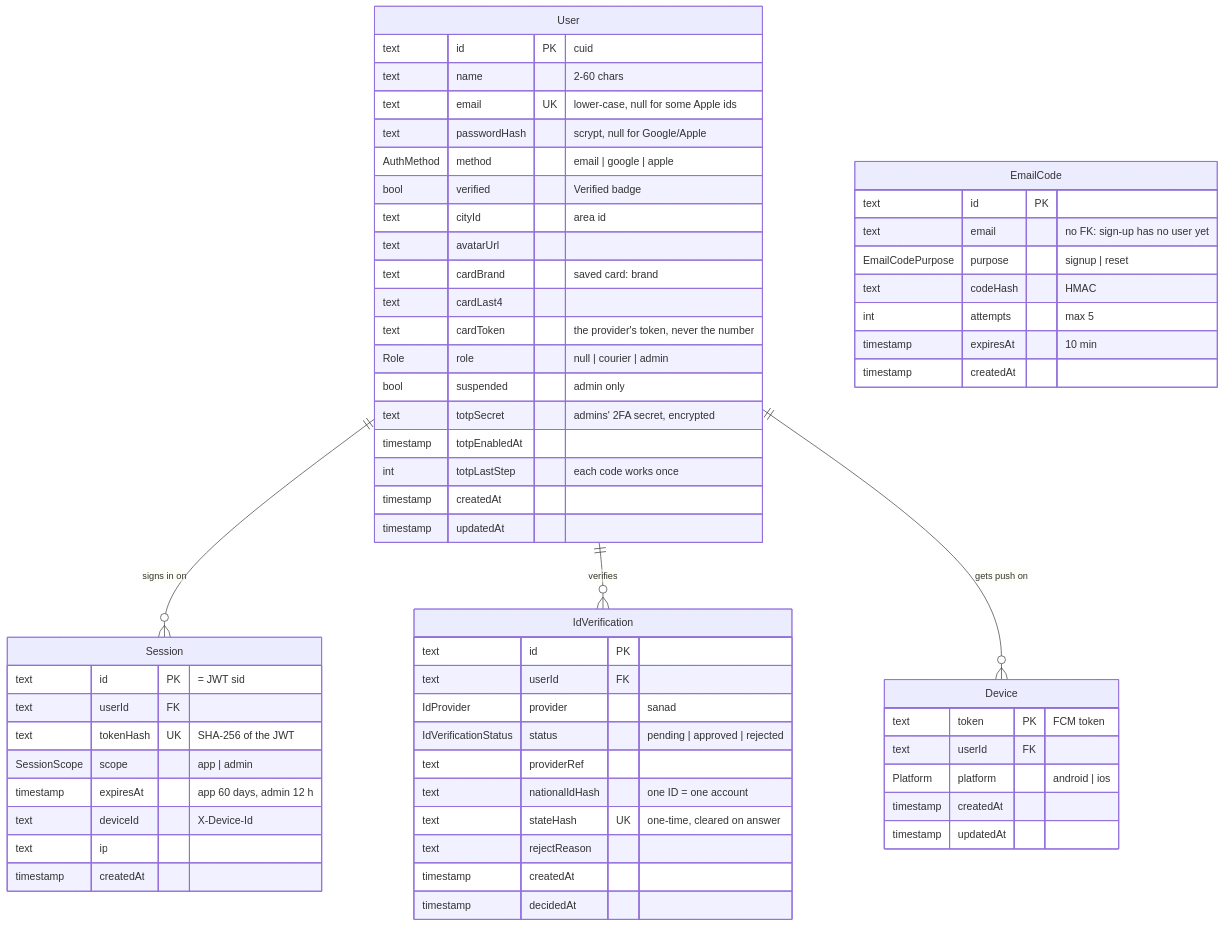
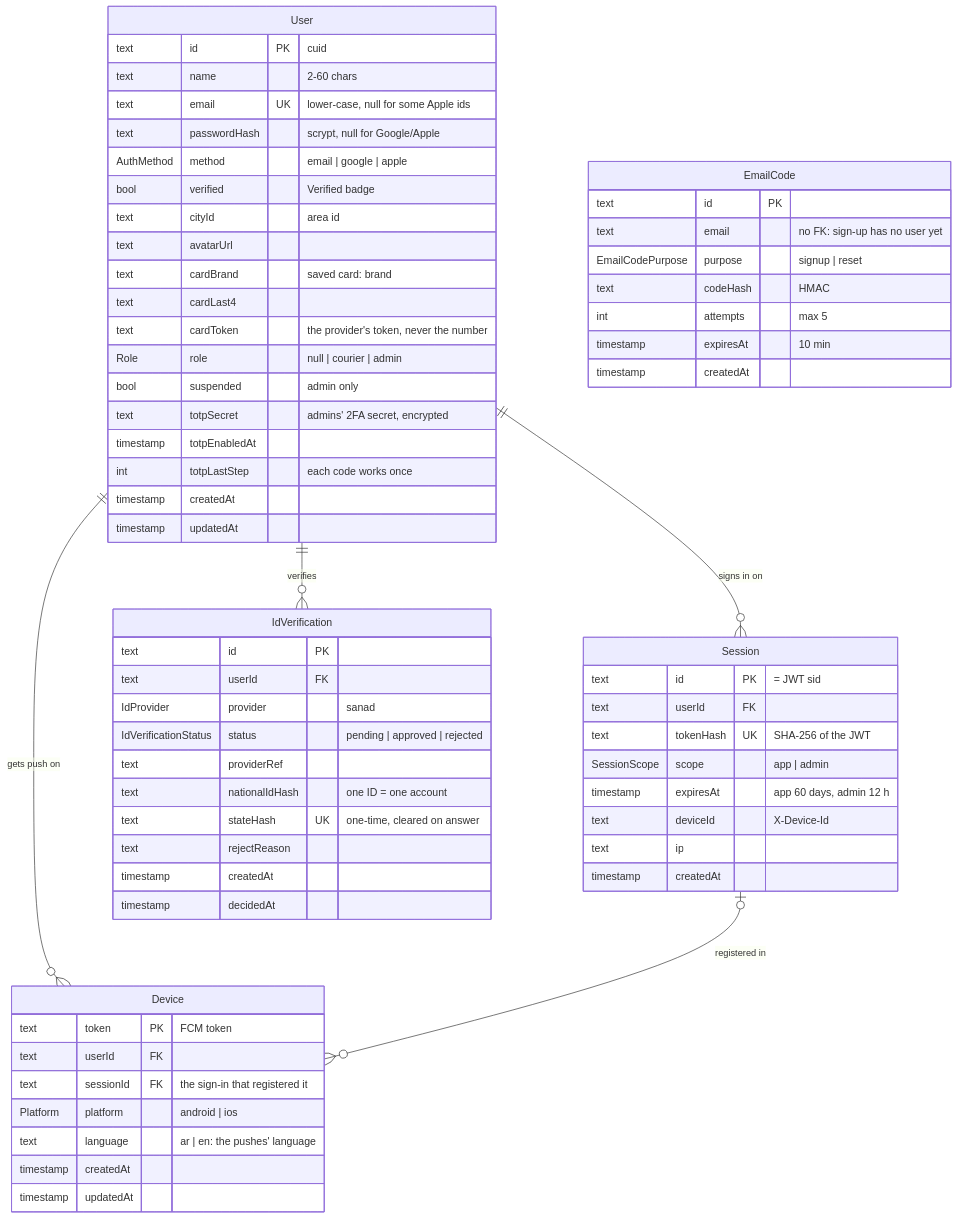
Before and after one commit to mustafa-kilany/madmoon-deals: the second of 6 diagrams in docs/DATABASE.md, drawn with Mermaid. The commit also changed other lines of this file and 19 other files, not shown here.

````diff
--- a/docs/DATABASE.md
+++ b/docs/DATABASE.md
@@ -69,64 +69,67 @@
 ```mermaid
 erDiagram
   User ||--o{ Session : "signs in on"
   User ||--o{ IdVerification : "verifies"
   User ||--o{ Device : "gets push on"
+  Session |o--o{ Device : "registered in"
   User {
     text id PK "cuid"
     text name "2-60 chars"
     text email UK "lower-case, null for some Apple ids"
     text passwordHash "scrypt, null for Google/Apple"
     AuthMethod method "email | google | apple"
     bool verified "Verified badge"
     text cityId "area id"
     text avatarUrl
     text cardBrand "saved card: brand"
     text cardLast4
     text cardToken "the provider's token, never the number"
     Role role "null | courier | admin"
     bool suspended "admin only"
     text totpSecret "admins' 2FA secret, encrypted"
     timestamp totpEnabledAt
     int totpLastStep "each code works once"
     timestamp createdAt
     timestamp updatedAt
   }
   Session {
     text id PK "= JWT sid"
     text userId FK
     text tokenHash UK "SHA-256 of the JWT"
     SessionScope scope "app | admin"
     timestamp expiresAt "app 60 days, admin 12 h"
     text deviceId "X-Device-Id"
     text ip
     timestamp createdAt
   }
   EmailCode {
     text id PK
     text email "no FK: sign-up has no user yet"
     EmailCodePurpose purpose "signup | reset"
     text codeHash "HMAC"
     int attempts "max 5"
     timestamp expiresAt "10 min"
     timestamp createdAt
   }
   IdVerification {
     text id PK
     text userId FK
     IdProvider provider "sanad"
     IdVerificationStatus status "pending | approved | rejected"
     text providerRef
     text nationalIdHash "one ID = one account"
     text stateHash UK "one-time, cleared on answer"
     text rejectReason
     timestamp createdAt
     timestamp decidedAt
   }
   Device {
     text token PK "FCM token"
     text userId FK
+    text sessionId FK "the sign-in that registered it"
     Platform platform "android | ios"
+    text language "ar | en: the pushes' language"
     timestamp createdAt
     timestamp updatedAt
   }
 ```
````
